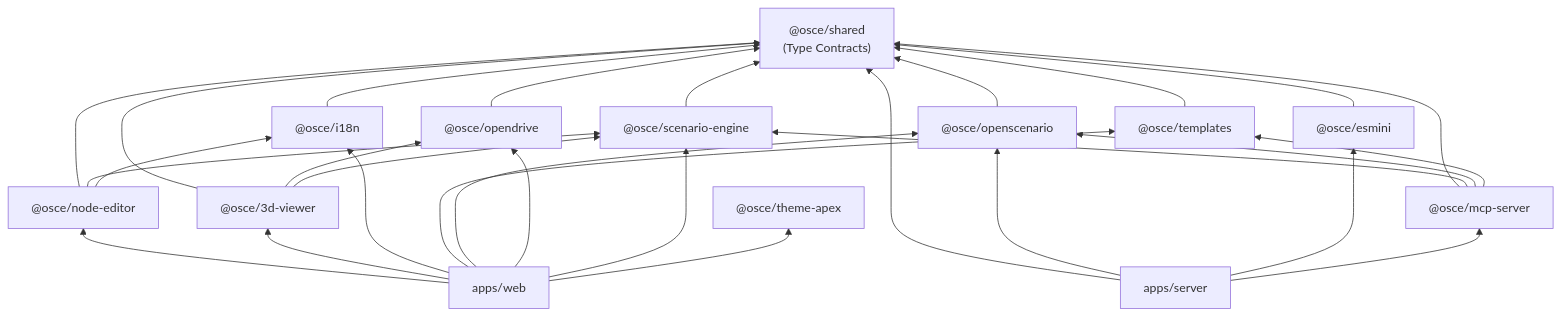
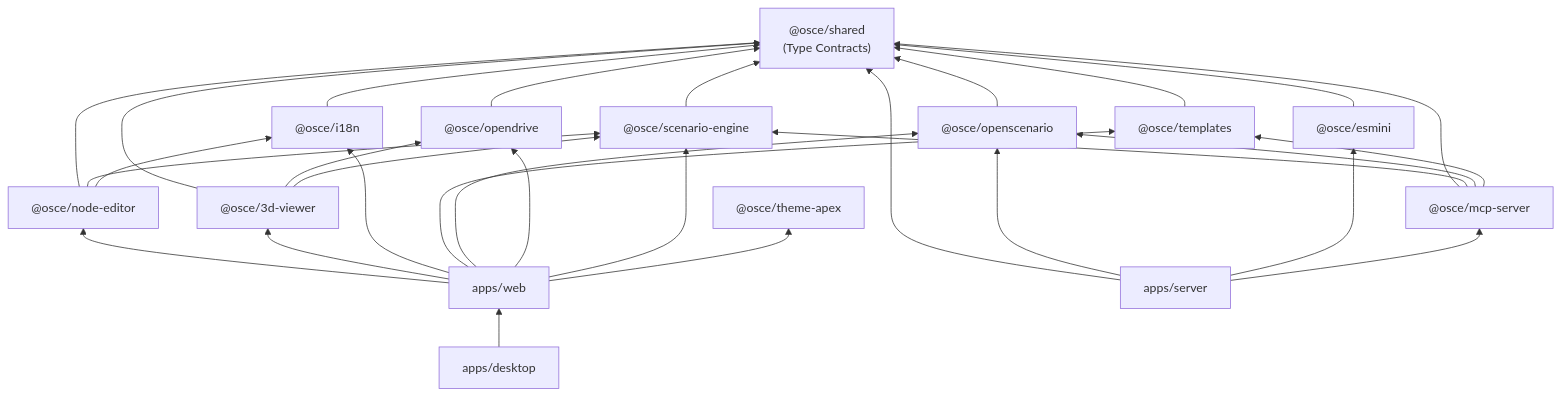
Before and after one commit to GT-karny/GT-OpenSCENARIOEditor: the seventh of 7 diagrams in docs/ARCHITECTURE.md, drawn with Mermaid. The commit also changed other lines of this file and 3 other files, not shown here.

````diff
--- a/docs/ARCHITECTURE.md
+++ b/docs/ARCHITECTURE.md
@@ -420,37 +429,39 @@
 ```mermaid
 graph BT
   shared["@osce/shared\n(Type Contracts)"]
 
   openscenario["@osce/openscenario"] --> shared
   opendrive["@osce/opendrive"] --> shared
   engine["@osce/scenario-engine"] --> shared
   i18n["@osce/i18n"] --> shared
   templates["@osce/templates"] --> shared
   esmini["@osce/esmini"] --> shared
   themeapex["@osce/theme-apex"]
 
   nodeeditor["@osce/node-editor"] --> shared
   nodeeditor --> engine
   nodeeditor --> i18n
   viewer["@osce/3d-viewer"] --> shared
   viewer --> opendrive
   viewer --> engine
   mcp["@osce/mcp-server"] --> shared
   mcp --> engine
   mcp --> openscenario
   mcp --> templates
 
   web["apps/web"] --> nodeeditor
   web --> viewer
   web --> i18n
   web --> templates
   web --> openscenario
   web --> opendrive
   web --> engine
   web --> themeapex
 
   server["apps/server"] --> shared
   server --> openscenario
   server --> esmini
   server --> mcp
+
+  desktop["apps/desktop"] --> web
 ```
````
